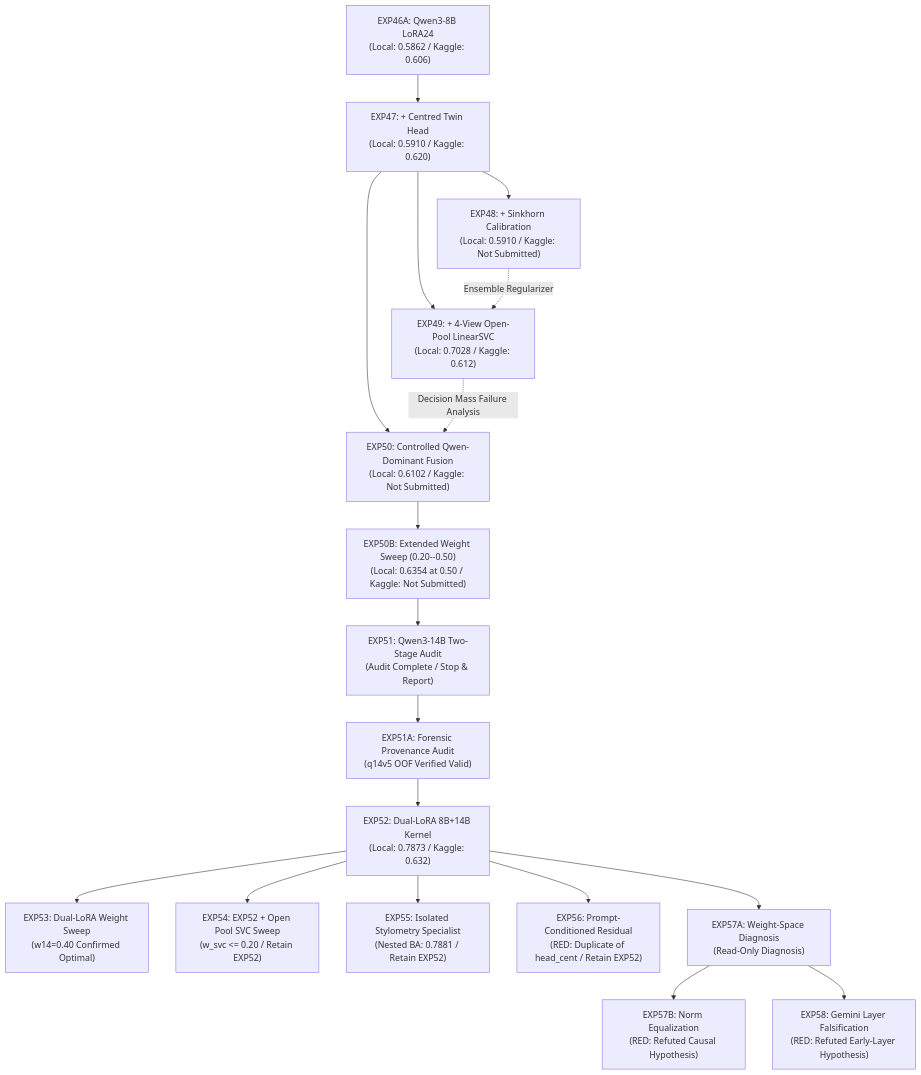
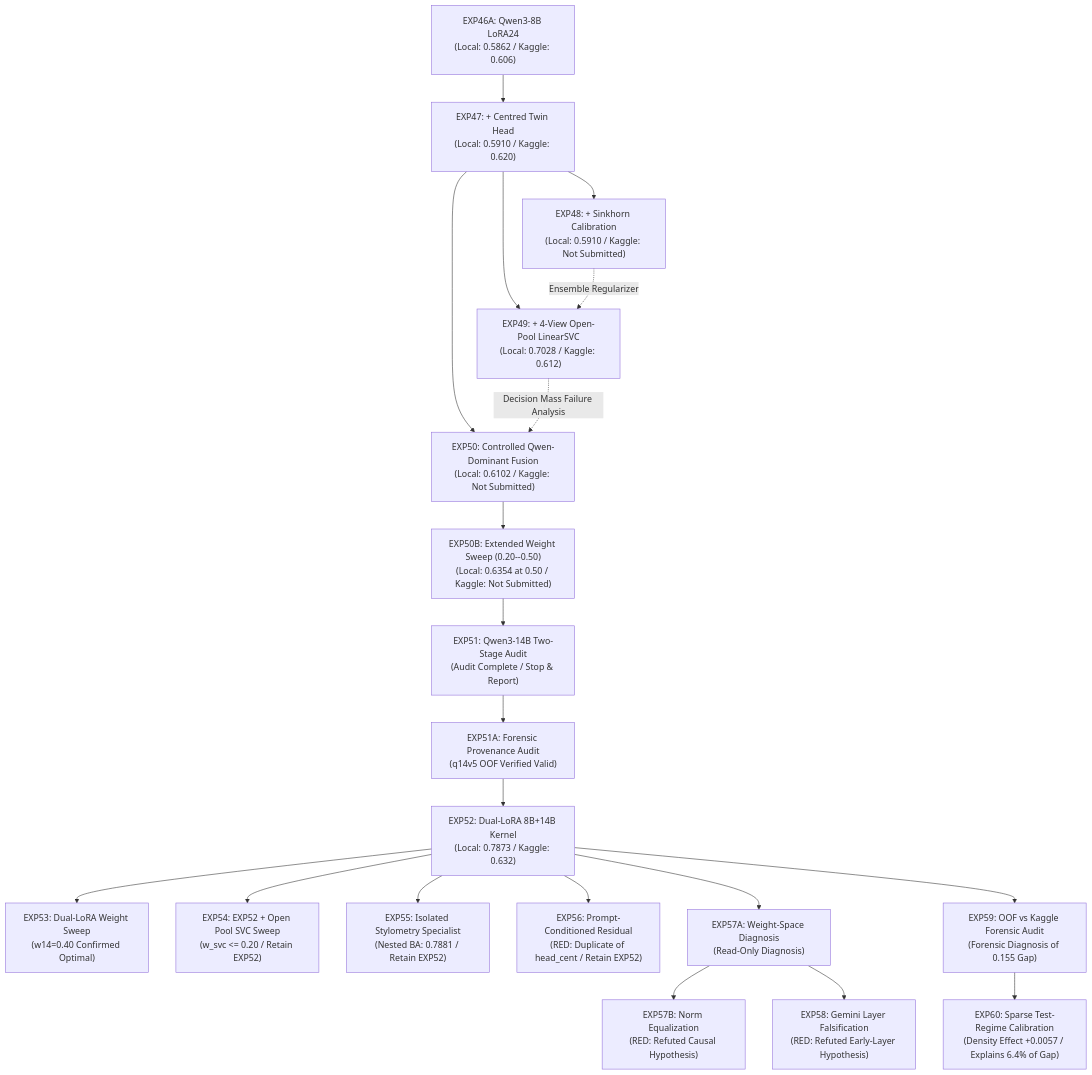
One commit to jbjoyk/name-the-llm changed the diagram in EXPERIMENT_INDEX.md. Above: the diagram before and after it, drawn with Mermaid. The commit also changed other lines of this file and 40 other files, not shown here.

Commit message:
exp60: evaluate sparse prompt-regime generalization

````diff
--- a/EXPERIMENT_INDEX.md
+++ b/EXPERIMENT_INDEX.md
@@ -9,20 +9,22 @@
 ```mermaid
 flowchart TD
     EXP46A["EXP46A: Qwen3-8B LoRA24<br/>(Local: 0.5862 / Kaggle: 0.606)"] --> EXP47["EXP47: + Centred Twin Head<br/>(Local: 0.5910 / Kaggle: 0.620)"]
     EXP47 --> EXP48["EXP48: + Sinkhorn Calibration<br/>(Local: 0.5910 / Kaggle: Not Submitted)"]
     EXP47 --> EXP49["EXP49: + 4-View Open-Pool LinearSVC<br/>(Local: 0.7028 / Kaggle: 0.612)"]
     EXP48 -.->|"Ensemble Regularizer"| EXP49
     EXP47 --> EXP50["EXP50: Controlled Qwen-Dominant Fusion<br/>(Local: 0.6102 / Kaggle: Not Submitted)"]
     EXP49 -.->|"Decision Mass Failure Analysis"| EXP50
     EXP50 --> EXP50B["EXP50B: Extended Weight Sweep (0.20--0.50)<br/>(Local: 0.6354 at 0.50 / Kaggle: Not Submitted)"]
     EXP50B --> EXP51["EXP51: Qwen3-14B Two-Stage Audit<br/>(Audit Complete / Stop & Report)"]
     EXP51 --> EXP51A["EXP51A: Forensic Provenance Audit<br/>(q14v5 OOF Verified Valid)"]
     EXP51A --> EXP52["EXP52: Dual-LoRA 8B+14B Kernel<br/>(Local: 0.7873 / Kaggle: 0.632)"]
     EXP52 --> EXP53["EXP53: Dual-LoRA Weight Sweep<br/>(w14=0.40 Confirmed Optimal)"]
     EXP52 --> EXP54["EXP54: EXP52 + Open Pool SVC Sweep<br/>(w_svc <= 0.20 / Retain EXP52)"]
     EXP52 --> EXP55["EXP55: Isolated Stylometry Specialist<br/>(Nested BA: 0.7881 / Retain EXP52)"]
     EXP52 --> EXP56["EXP56: Prompt-Conditioned Residual<br/>(RED: Duplicate of head_cent / Retain EXP52)"]
     EXP52 --> EXP57A["EXP57A: Weight-Space Diagnosis<br/>(Read-Only Diagnosis)"]
     EXP57A --> EXP57B["EXP57B: Norm Equalization<br/>(RED: Refuted Causal Hypothesis)"]
     EXP57A --> EXP58["EXP58: Gemini Layer Falsification<br/>(RED: Refuted Early-Layer Hypothesis)"]
+    EXP52 --> EXP59["EXP59: OOF vs Kaggle Forensic Audit<br/>(Forensic Diagnosis of 0.155 Gap)"]
+    EXP59 --> EXP60["EXP60: Sparse Test-Regime Calibration<br/>(Density Effect +0.0057 / Explains 6.4% of Gap)"]
 ```
````
